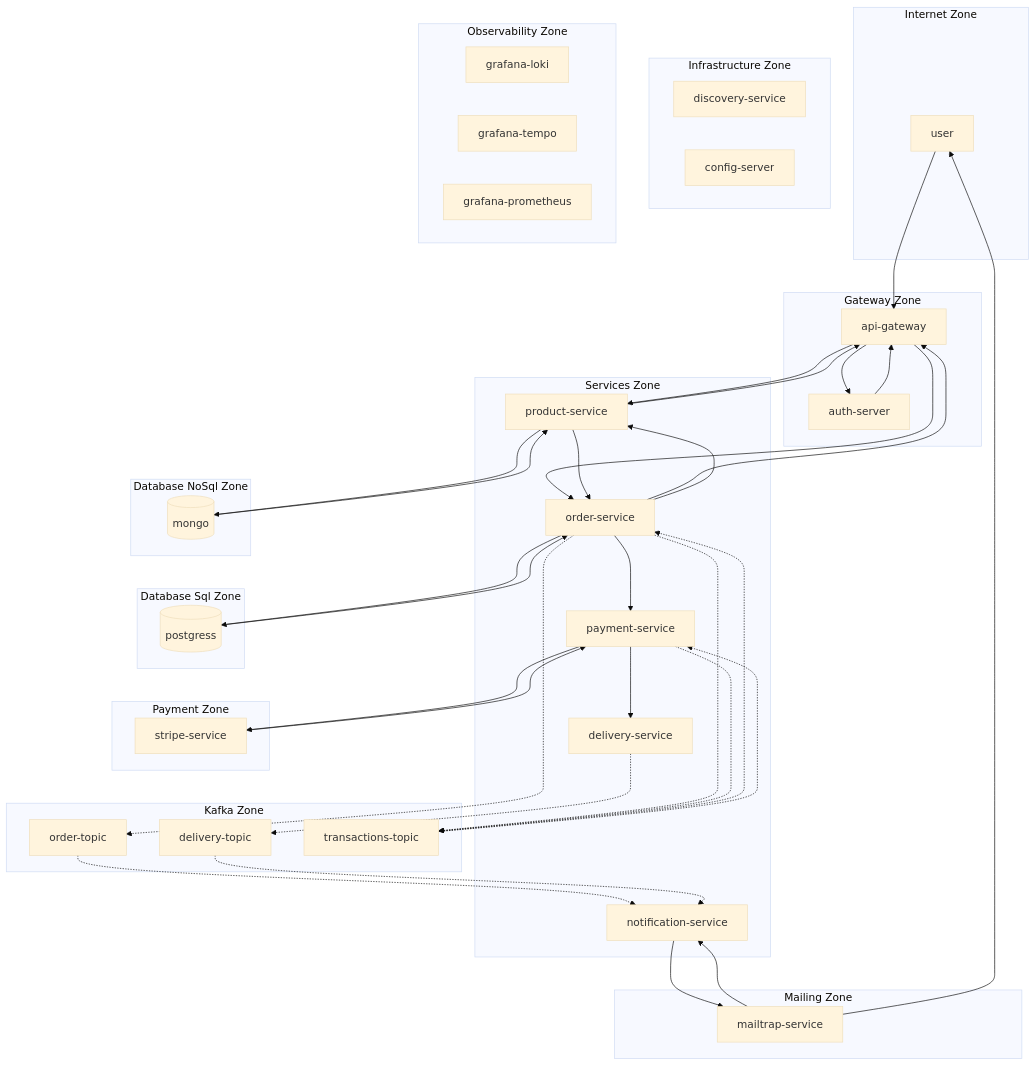
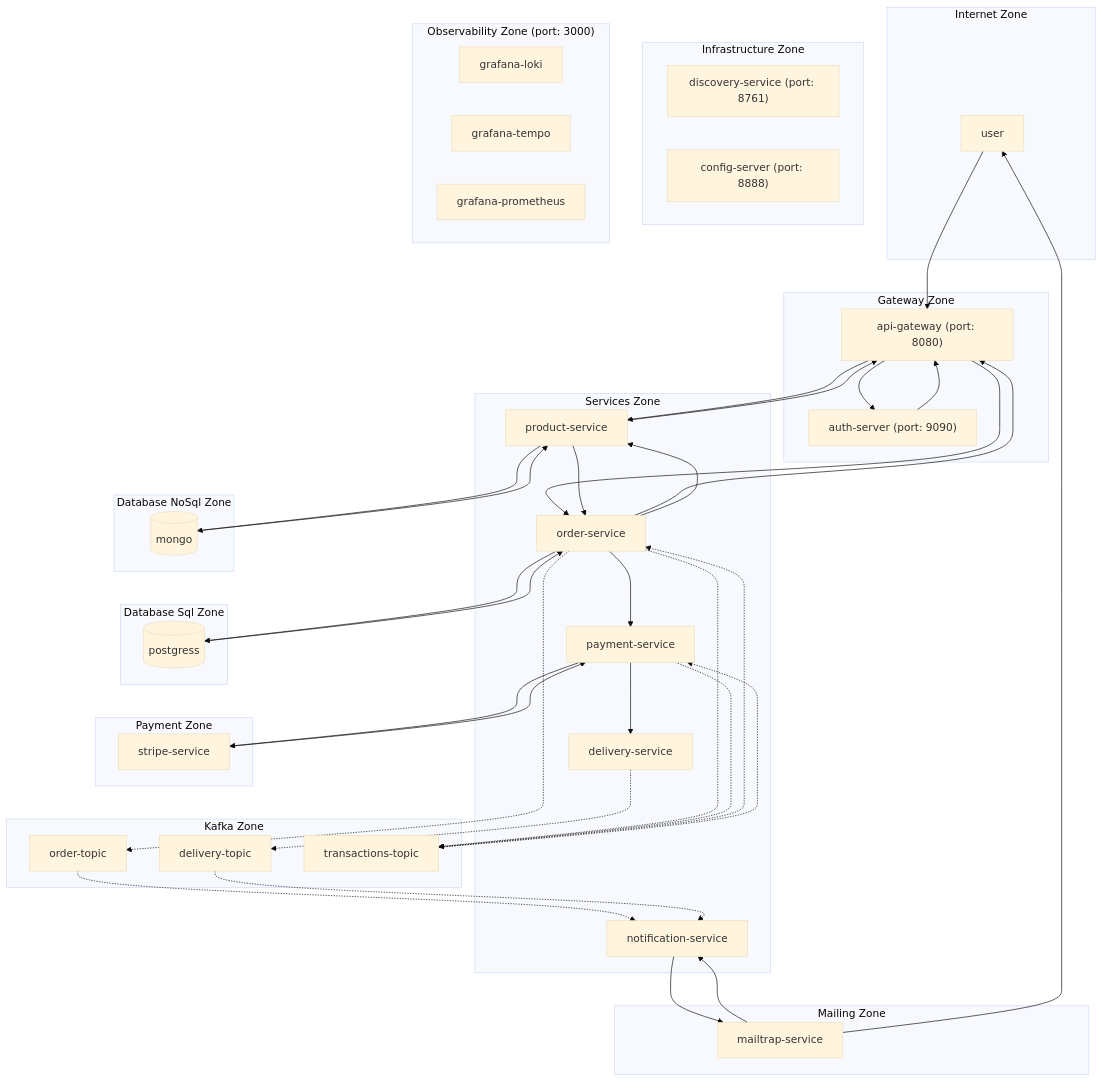
The diagram in ecommerce-virtual.md (wisniewskikr/mermaid), drawn with Mermaid (base theme) before and after one commit.

Commit message:
Add ports

```diff
--- a/ecommerce-virtual.md
+++ b/ecommerce-virtual.md
@@ -6,8 +6,8 @@
         end
 
         subgraph Gateway Zone
-            api-gateway
-            auth-server
+            api-gateway["api-gateway (port: 8080)"]
+            auth-server["auth-server (port: 9090)"]
         end
         
         subgraph Services Zone
@@ -19,14 +19,14 @@
         end
 
         subgraph Infrastructure Zone           
-            discovery-service
-            config-server            
+            discovery-service["discovery-service (port: 8761)"] 
+            config-server["config-server (port: 8888)"]            
         end
 
-        subgraph Observability Zone
+        subgraph Observability Zone["Observability Zone (port: 3000)"]
             grafana-loki
             grafana-tempo
-            grafana-prometheus 
+            grafana-prometheus  
         end
 
         subgraph Mailing Zone
```
